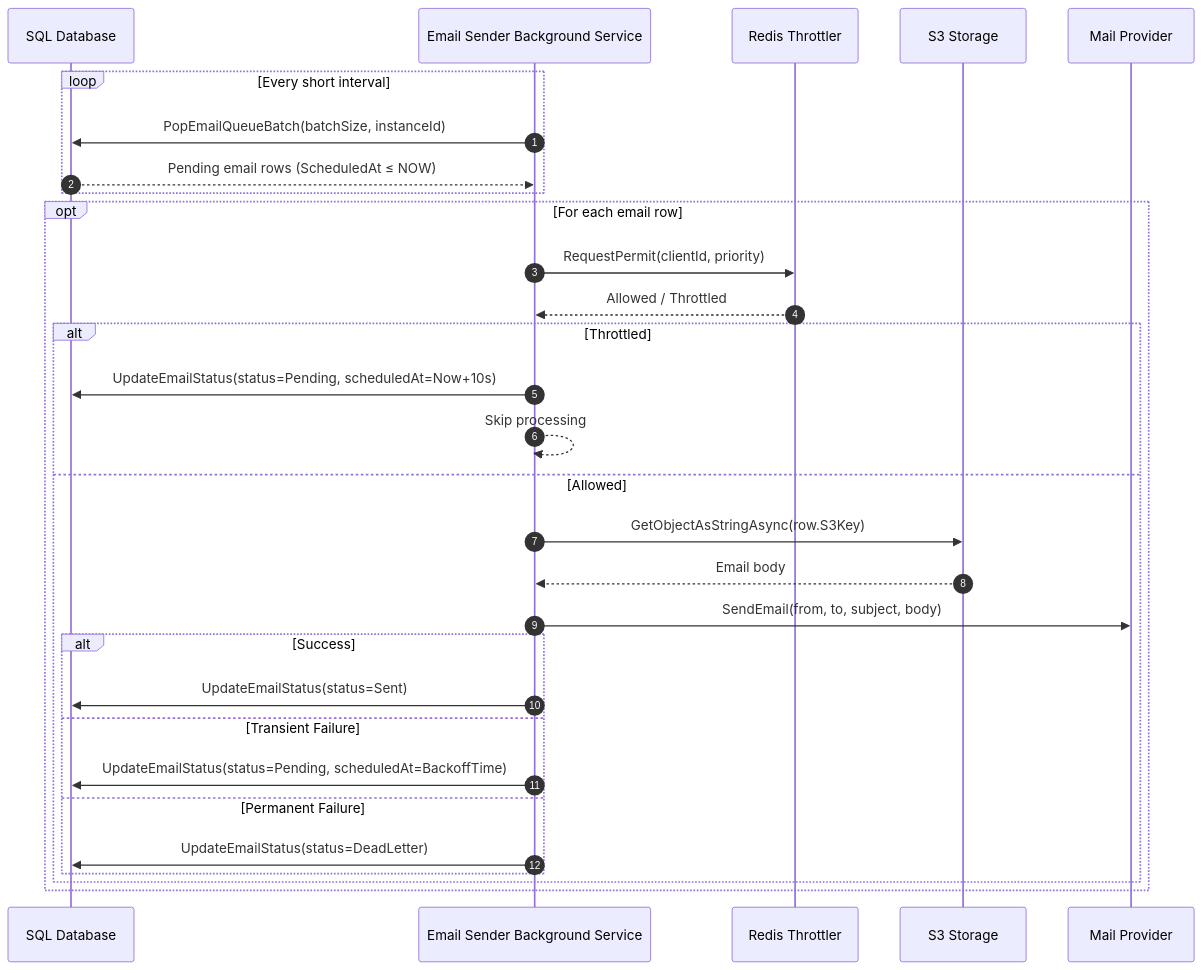
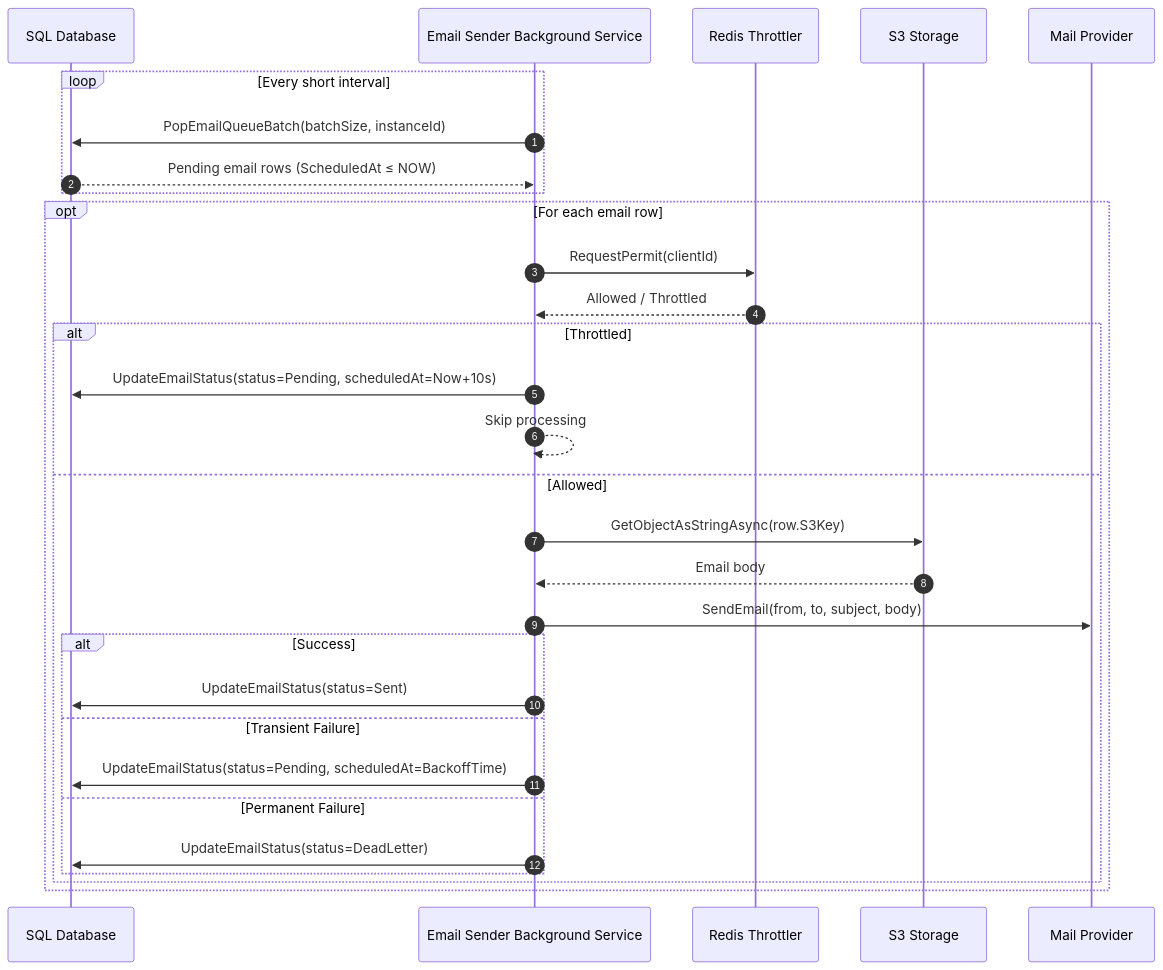
Before and after one commit to ashishm-medallia/email-queue: the third of 5 diagrams in architecture.md, drawn with Mermaid. The commit also changed other lines of this file, not shown here.

````diff
--- a/architecture.md
+++ b/architecture.md
@@ -86,36 +86,36 @@
 ```mermaid
 sequenceDiagram
     autonumber
     participant DB as SQL Database
     participant EmailSender as Email Sender Background Service
     participant Redis as Redis Throttler
     participant S3 as S3 Storage
     participant Mail as Mail Provider
 
     loop Every short interval
         EmailSender->>DB: PopEmailQueueBatch(batchSize, instanceId)
         DB-->>EmailSender: Pending email rows (ScheduledAt ≤ NOW)
     end
 
     opt For each email row
-        EmailSender->>Redis: RequestPermit(clientId, priority)
+        EmailSender->>Redis: RequestPermit(clientId)
         Redis-->>EmailSender: Allowed / Throttled
 
         alt Throttled
             EmailSender->>DB: UpdateEmailStatus(status=Pending, scheduledAt=Now+10s)
             EmailSender-->>EmailSender: Skip processing
         else Allowed
             EmailSender->>S3: GetObjectAsStringAsync(row.S3Key)
             S3-->>EmailSender: Email body
 
             EmailSender->>Mail: SendEmail(from, to, subject, body)
             alt Success
                 EmailSender->>DB: UpdateEmailStatus(status=Sent)
             else Transient Failure
                 EmailSender->>DB: UpdateEmailStatus(status=Pending, scheduledAt=BackoffTime)
             else Permanent Failure
                 EmailSender->>DB: UpdateEmailStatus(status=DeadLetter)
             end
         end
     end
 ```
````
